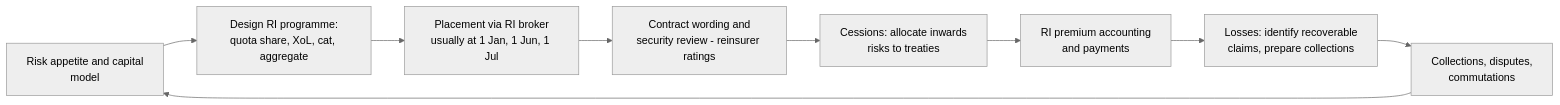
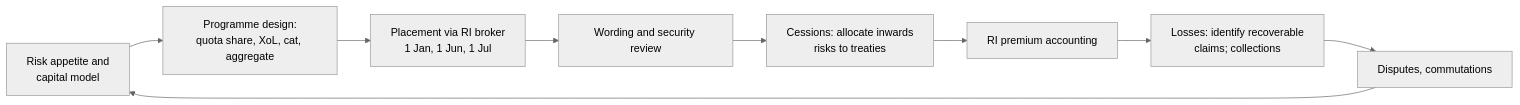
One commit to gazal-gupta/Insurance-Domain changed the third of 3 diagrams in london-market-lloyds-guide/06-Intermediate-Accounting-Settlement-Claims-Reinsurance.md. Above: the diagram before and after it, drawn with Mermaid (neutral theme). The commit also changed other lines of this file and 5 other files, not shown here.

````diff
--- a/london-market-lloyds-guide/06-Intermediate-Accounting-Settlement-Claims-Reinsurance.md
+++ b/london-market-lloyds-guide/06-Intermediate-Accounting-Settlement-Claims-Reinsurance.md
@@ -186,11 +262,11 @@
 ```mermaid
 flowchart LR
-  A[Risk appetite and capital<br/>model] --> B[Design RI programme:<br/>quota share, XoL, cat, aggregate]
-  B --> C[Placement via RI broker<br/>usually at 1 Jan, 1 Jun, 1 Jul]
-  C --> D[Contract wording and<br/>security review - reinsurer ratings]
+  A[Risk appetite and<br/>capital model] --> B[Programme design:<br/>quota share, XoL, cat, aggregate]
+  B --> C[Placement via RI broker<br/>1 Jan, 1 Jun, 1 Jul]
+  C --> D[Wording and security review]
   D --> E[Cessions: allocate inwards<br/>risks to treaties]
-  E --> F[RI premium accounting<br/>and payments]
-  F --> G[Losses: identify recoverable<br/>claims, prepare collections]
-  G --> H[Collections, disputes,<br/>commutations]
+  E --> F[RI premium accounting]
+  F --> G[Losses: identify recoverable<br/>claims; collections]
+  G --> H[Disputes, commutations]
   H --> A
 ```
````
